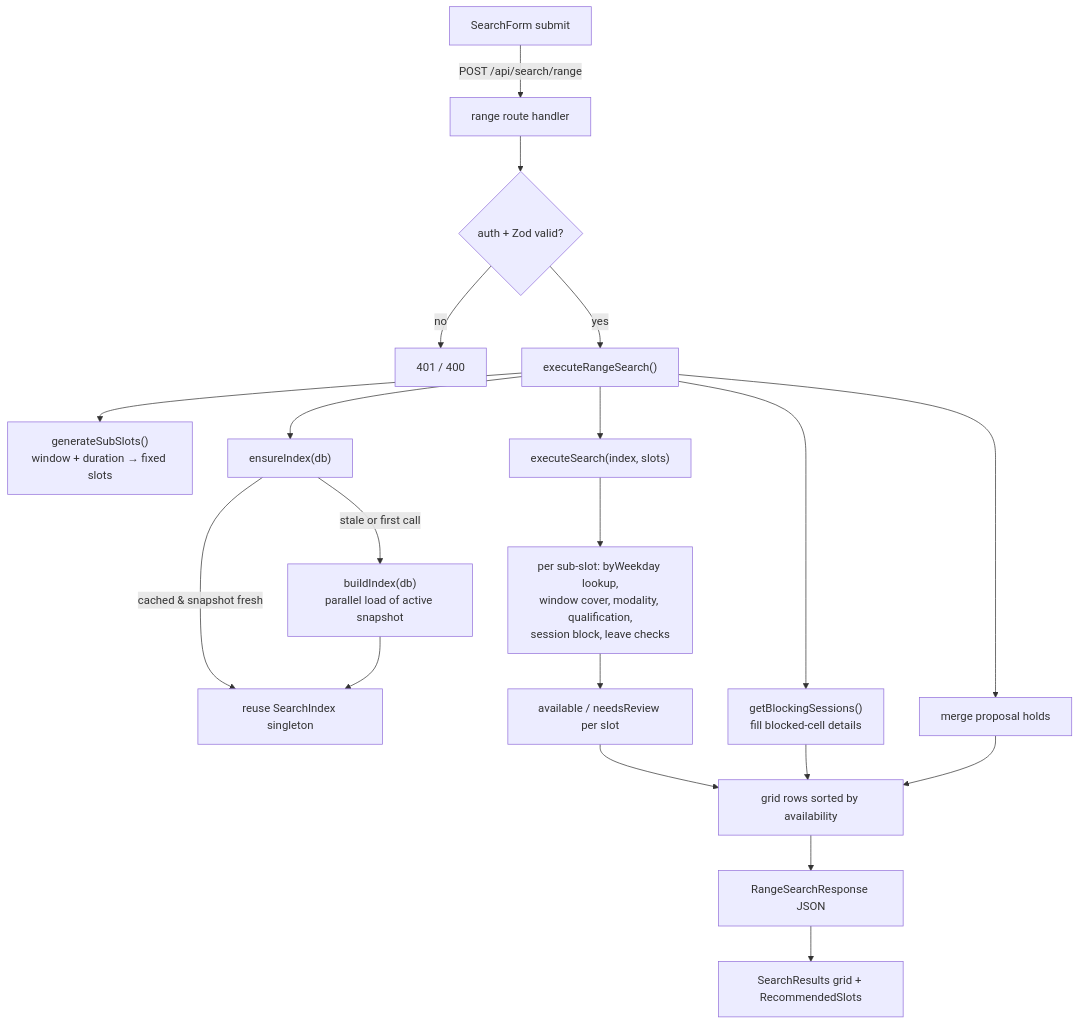
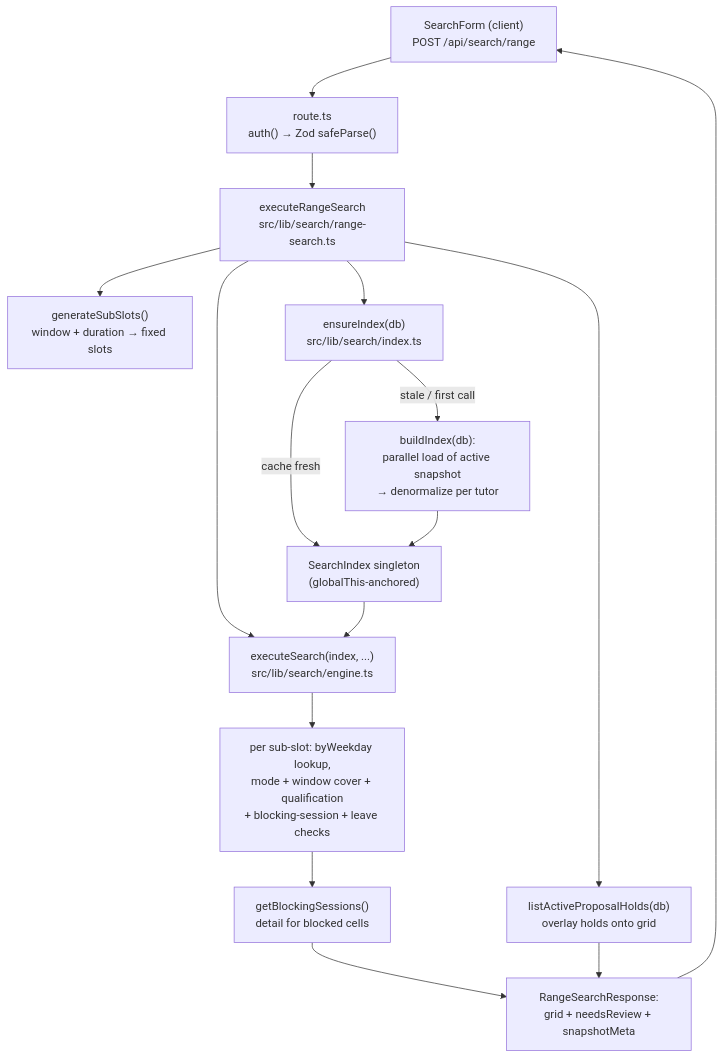
Before and after one commit to kasheesh711/bgscheduler: the diagram in docs/features/tutor-search.md, drawn with Mermaid. The commit also changed other lines of this file and 63 other files, not shown here.

````diff
--- a/docs/features/tutor-search.md
+++ b/docs/features/tutor-search.md
@@ -64,22 +72,18 @@
 ```mermaid
 flowchart TD
-    A[SearchForm submit] -->|POST /api/search/range| B[range route handler]
-    B --> C{auth + Zod valid?}
-    C -->|no| C1[401 / 400]
-    C -->|yes| D["executeRangeSearch()"]
-    D --> E["generateSubSlots()<br/>window + duration → fixed slots"]
-    D --> F["ensureIndex(db)"]
-    F -->|cached & snapshot fresh| G[reuse SearchIndex singleton]
-    F -->|stale or first call| H["buildIndex(db)<br/>parallel load of active snapshot"]
-    H --> G
-    D --> I["executeSearch(index, slots)"]
-    I --> J["per sub-slot: byWeekday lookup,<br/>window cover, modality, qualification,<br/>session block, leave checks"]
-    J --> K[available / needsReview per slot]
-    D --> L["getBlockingSessions()<br/>fill blocked-cell details"]
-    D --> M[merge proposal holds]
-    K --> N[grid rows sorted by availability]
-    L --> N
-    M --> N
-    N --> O[RangeSearchResponse JSON]
-    O --> P[SearchResults grid + RecommendedSlots]
+    A["SearchForm (client)<br/>POST /api/search/range"] --> B["route.ts<br/>auth() → Zod safeParse()"]
+    B --> C["executeRangeSearch<br/>src/lib/search/range-search.ts"]
+    C --> G["generateSubSlots()<br/>window + duration → fixed slots"]
+    C --> D["ensureIndex(db)<br/>src/lib/search/index.ts"]
+    D -->|cache fresh| E["SearchIndex singleton<br/>(globalThis-anchored)"]
+    D -->|stale / first call| F["buildIndex(db):<br/>parallel load of active snapshot<br/>→ denormalize per tutor"]
+    F --> E
+    C --> H["executeSearch(index, ...)<br/>src/lib/search/engine.ts"]
+    E --> H
+    H --> I["per sub-slot: byWeekday lookup,<br/>mode + window cover + qualification<br/>+ blocking-session + leave checks"]
+    I --> J["getBlockingSessions()<br/>detail for blocked cells"]
+    C --> K["listActiveProposalHolds(db)<br/>overlay holds onto grid"]
+    J --> L["RangeSearchResponse:<br/>grid + needsReview + snapshotMeta"]
+    K --> L
+    L --> A
 ```
````
